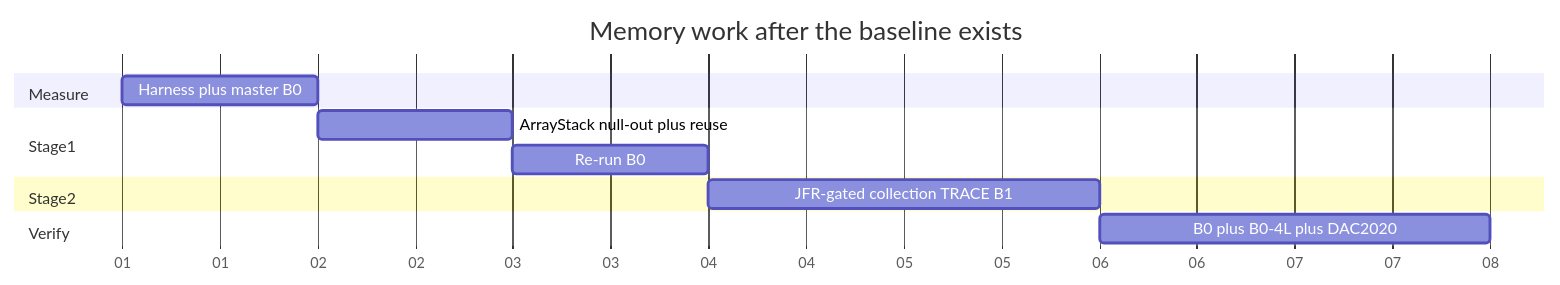
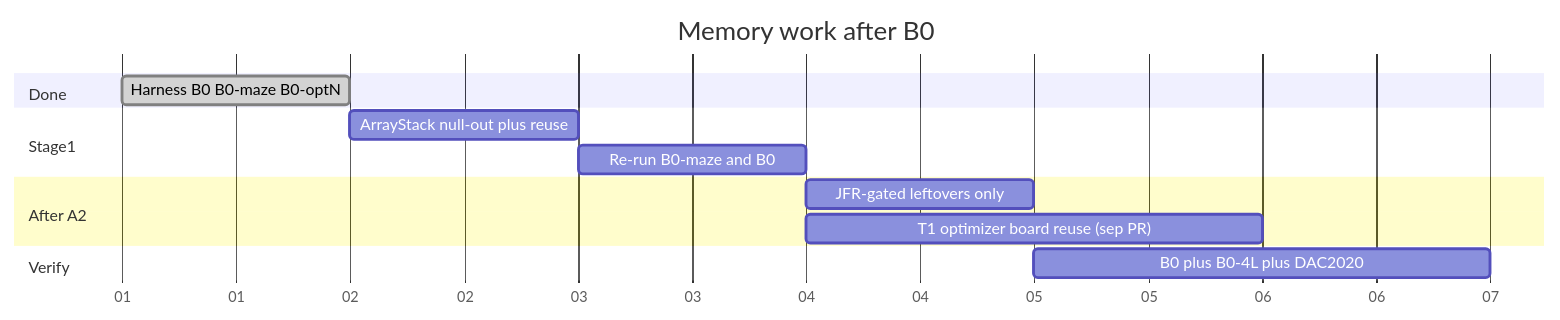
The fourth of 4 diagrams in docs/research/memory_allocation_optimization_plan.md (freerouting/freerouting), drawn with Mermaid before and after one commit. The commit also changed other lines of this file and 17 other files, not shown here.

````diff
--- a/docs/research/memory_allocation_optimization_plan.md
+++ b/docs/research/memory_allocation_optimization_plan.md
@@ -1116,15 +1368,16 @@
 ```mermaid
 gantt
-    title Memory work after the baseline exists
+    title Memory work after B0
     dateFormat YYYY-MM-DD
     axisFormat %d
-    section Measure
-    Harness plus master B0             :a1, 2026-01-01, 1d
+    section Done
+    Harness B0 B0-maze B0-optN         :done, a1, 2026-01-01, 1d
     section Stage1
     ArrayStack null-out plus reuse     :a2, after a1, 1d
-    Re-run B0                          :a3, after a2, 1d
-    section Stage2
-    JFR-gated collection TRACE B1      :a4, after a3, 2d
+    Re-run B0-maze and B0              :a3, after a2, 1d
+    section After A2
+    JFR-gated leftovers only           :a4, after a3, 1d
+    T1 optimizer board reuse (sep PR)  :a5, after a3, 2d
     section Verify
-    B0 plus B0-4L plus DAC2020         :a5, after a4, 2d
+    B0 plus B0-4L plus DAC2020         :a6, after a4, 2d
 ```
````
